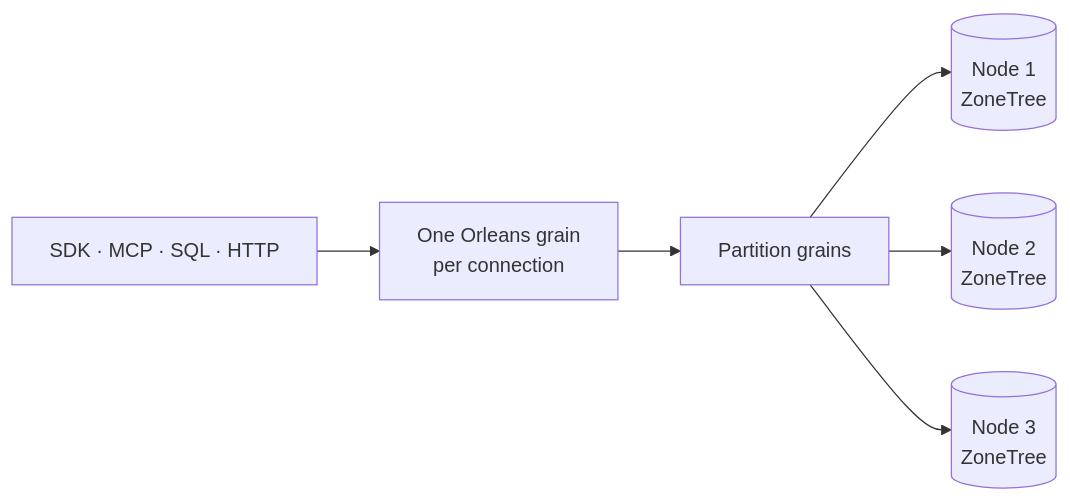
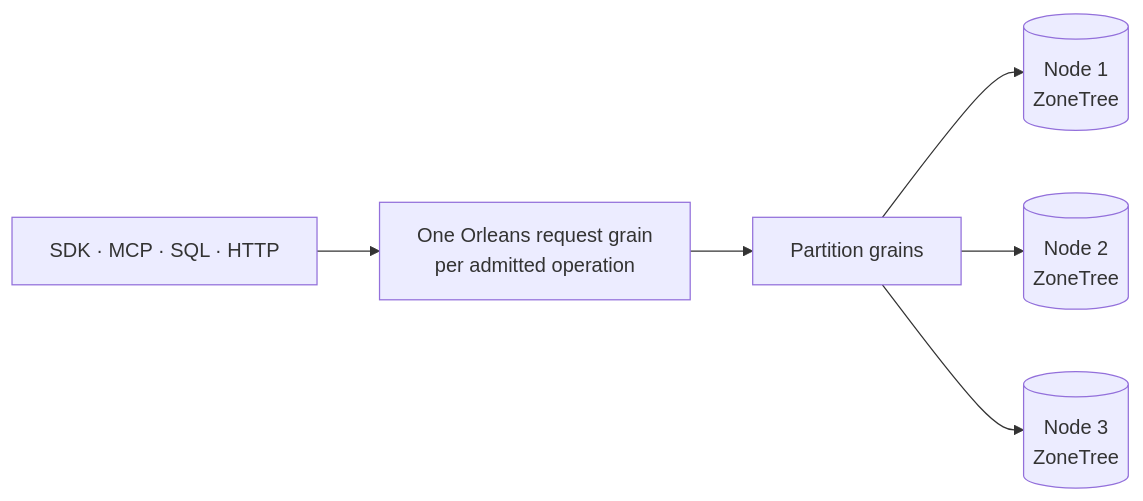
Before and after one commit to managedcode/KeyLoad: the third of 3 diagrams in README.md, drawn with Mermaid. The commit also changed other lines of this file and 925 other files, not shown here.

````diff
--- a/README.md
+++ b/README.md
@@ -165,8 +165,8 @@
 ```mermaid
 flowchart LR
-    Callers["SDK · MCP · SQL · HTTP"] --> Request["One Orleans grain<br/>per connection"]
+    Callers["SDK · MCP · SQL · HTTP"] --> Request["One Orleans request grain<br/>per admitted operation"]
     Request --> Partition["Partition grains"]
     Partition --> N1[("Node 1<br/>ZoneTree")]
     Partition --> N2[("Node 2<br/>ZoneTree")]
     Partition --> N3[("Node 3<br/>ZoneTree")]
 ```
````
